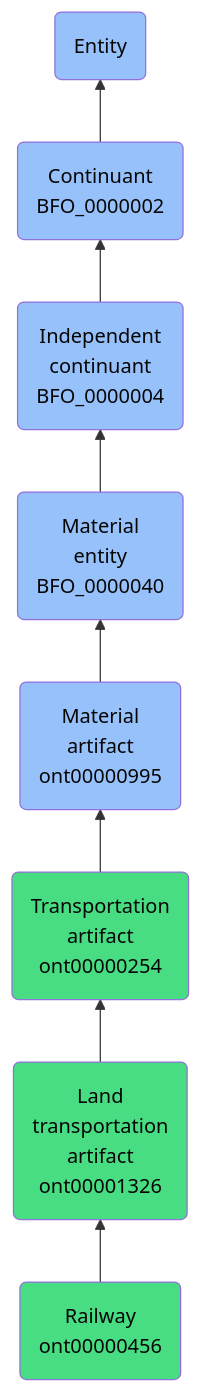
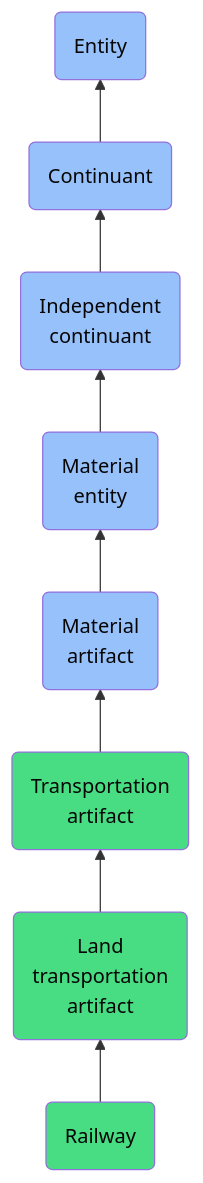
Before and after one commit to jupyter-naas/abi: the diagram in docs/ontology/reference/model/Entity/Continuant/Independent continuant/Material entity/Material artifact/Transportation artifact/Land transportation artifact/Railway/Railway.md, drawn with Mermaid. The commit also changed other lines of this file and 1430 other files, not shown here.

````diff
--- a/docs/ontology/reference/model/Entity/Continuant/Independent continuant/Material entity/Material artifact/Transportation artifact/Land transportation artifact/Railway/Railway.md
+++ b/docs/ontology/reference/model/Entity/Continuant/Independent continuant/Material entity/Material artifact/Transportation artifact/Land transportation artifact/Railway/Railway.md
@@ -24,15 +24,15 @@
 ```mermaid
 graph BT
-    ont00000456(Railway<br>ont00000456):::ABI-->ont00001326
-    ont00001326(Land<br>transportation<br>artifact<br>ont00001326):::ABI-->ont00000254
-    ont00000254(Transportation<br>artifact<br>ont00000254):::ABI-->ont00000995
-    ont00000995(Material<br>artifact<br>ont00000995):::BFO-->BFO_0000040
-    BFO_0000040(Material<br>entity<br>BFO_0000040):::BFO-->BFO_0000004
-    BFO_0000004(Independent<br>continuant<br>BFO_0000004):::BFO-->BFO_0000002
-    BFO_0000002(Continuant<br>BFO_0000002):::BFO-->BFO_0000001
+    ont00000456(Railway):::ABI-->ont00001326
+    ont00001326(Land<br>transportation<br>artifact):::ABI-->ont00000254
+    ont00000254(Transportation<br>artifact):::ABI-->ont00000995
+    ont00000995(Material<br>artifact):::BFO-->BFO_0000040
+    BFO_0000040(Material<br>entity):::BFO-->BFO_0000004
+    BFO_0000004(Independent<br>continuant):::BFO-->BFO_0000002
+    BFO_0000002(Continuant):::BFO-->BFO_0000001
     BFO_0000001(Entity):::BFO
     
     classDef BFO fill:#97c1fb,color:#060606
     classDef CCO fill:#e4c51e,color:#060606
     classDef ABI fill:#48DD82,color:#060606
 ```
````
